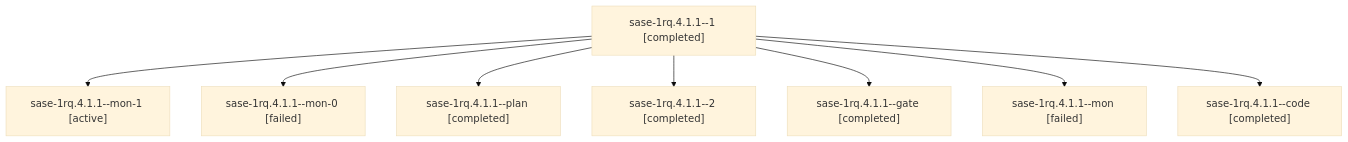
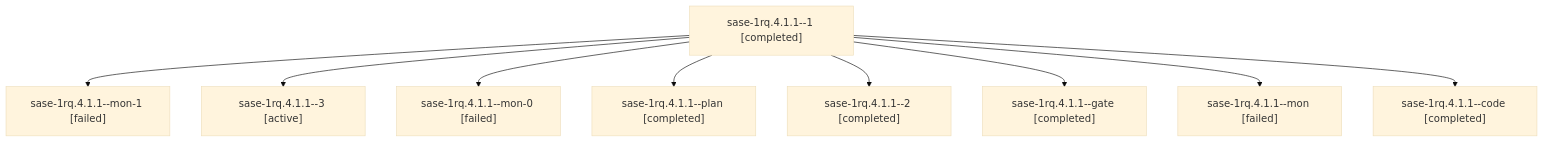
Before and after one commit to sase-org/sase--agents: the diagram in sessions/bbugyi200.athena.sase-1rq.4.1.1.md, drawn with Mermaid (base theme). The commit also changed other lines of this file and 84 other files, not shown here.

````diff
--- a/sessions/bbugyi200.athena.sase-1rq.4.1.1.md
+++ b/sessions/bbugyi200.athena.sase-1rq.4.1.1.md
@@ -9,18 +9,20 @@
 ```mermaid
 flowchart TD
   n0["sase-1rq.4.1.1--1 [completed]"]
-  n1["sase-1rq.4.1.1--mon-1 [active]"]
+  n1["sase-1rq.4.1.1--mon-1 [failed]"]
   n0 --> n1
-  n2["sase-1rq.4.1.1--mon-0 [failed]"]
+  n2["sase-1rq.4.1.1--3 [active]"]
   n0 --> n2
-  n3["sase-1rq.4.1.1--plan [completed]"]
+  n3["sase-1rq.4.1.1--mon-0 [failed]"]
   n0 --> n3
-  n4["sase-1rq.4.1.1--2 [completed]"]
+  n4["sase-1rq.4.1.1--plan [completed]"]
   n0 --> n4
-  n5["sase-1rq.4.1.1--gate [completed]"]
+  n5["sase-1rq.4.1.1--2 [completed]"]
   n0 --> n5
-  n6["sase-1rq.4.1.1--mon [failed]"]
+  n6["sase-1rq.4.1.1--gate [completed]"]
   n0 --> n6
-  n7["sase-1rq.4.1.1--code [completed]"]
+  n7["sase-1rq.4.1.1--mon [failed]"]
   n0 --> n7
+  n8["sase-1rq.4.1.1--code [completed]"]
+  n0 --> n8
 ```
````
